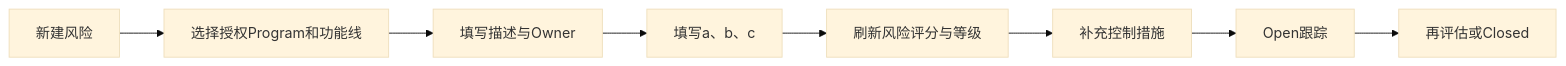
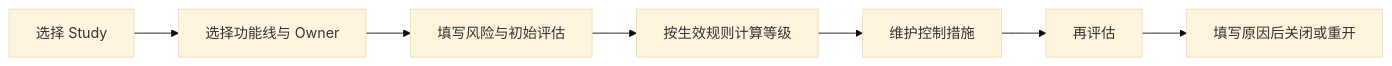
The third of 4 diagrams in docs/临床研发管线管理系统_PRD_v1.0.md (hero945/int-service-study-management), drawn with Mermaid (base theme) before and after one commit. The commit also changed other lines of this file and 5 other files, not shown here.

````diff
--- a/docs/临床研发管线管理系统_PRD_v1.0.md
+++ b/docs/临床研发管线管理系统_PRD_v1.0.md
@@ -591,10 +547,9 @@
 ```mermaid
 flowchart LR
-  A[新建风险] --> B[选择授权Program和功能线]
-  B --> C[填写描述与Owner]
-  C --> D[填写a、b、c]
-  D --> E[刷新风险评分与等级]
-  E --> F[补充控制措施]
-  F --> G[Open跟踪]
-  G --> H[再评估或Closed]
+  A[选择 Study] --> B[选择功能线与 Owner]
+  B --> C[填写风险与初始评估]
+  C --> D[按生效规则计算等级]
+  D --> E[维护控制措施]
+  E --> F[再评估]
+  F --> G[填写原因后关闭或重开]
 ```
````
